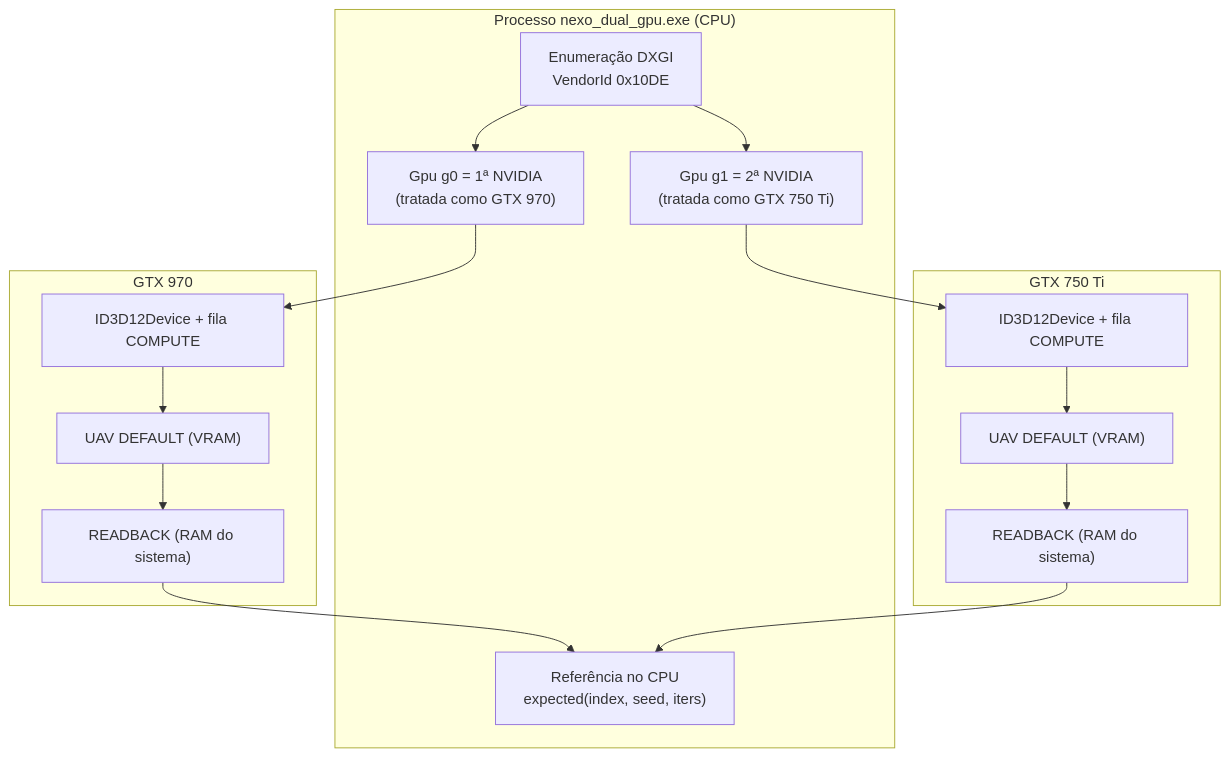
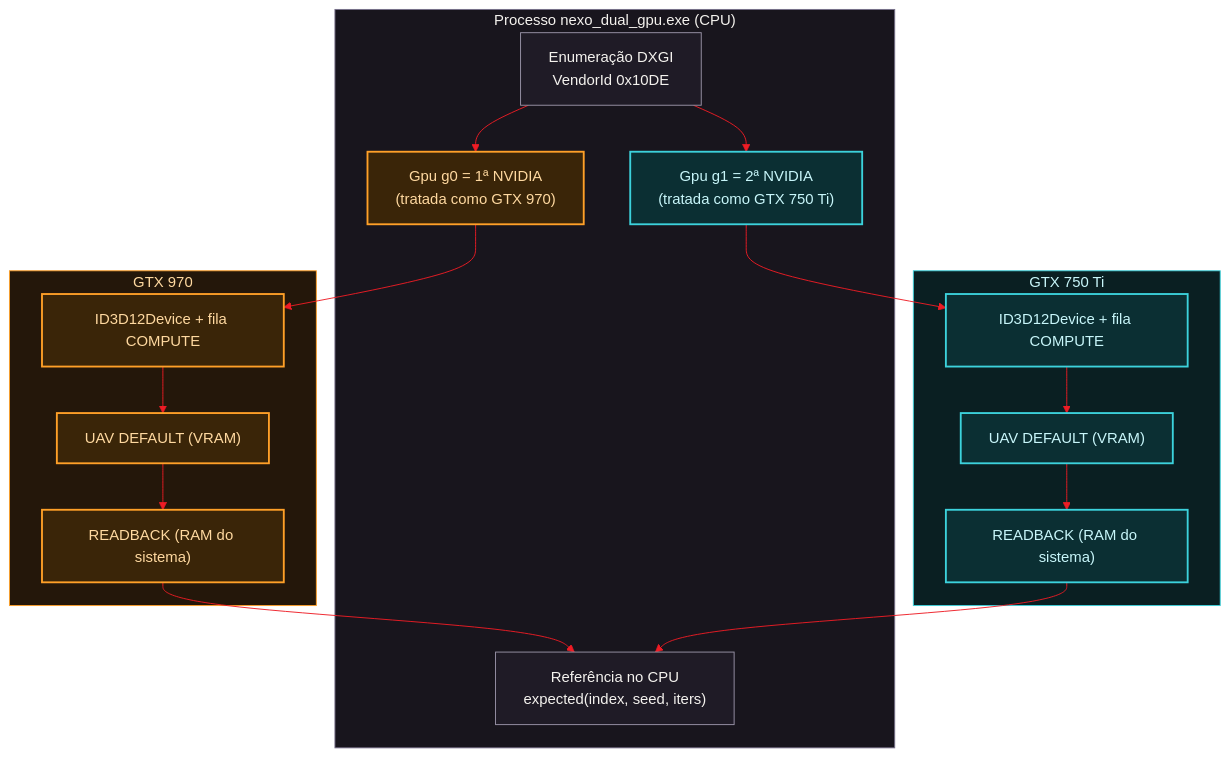
One commit to Bruno-Gadelha25/nexo-dual-gpu-lab changed the first of 4 diagrams in docs/architecture.md. Above: the diagram before and after it, drawn with Mermaid. The commit also changed other lines of this file and 3 other files, not shown here.

First line of the commit message:
docs: diagramas Mermaid com tema escuro e cores por placa

````diff
--- a/docs/architecture.md
+++ b/docs/architecture.md
@@ -7,18 +7,29 @@
 ```mermaid
+%%{init: {"theme":"base","themeVariables":{"primaryColor":"#1f1b26","primaryTextColor":"#f4f2ee","primaryBorderColor":"#ee1c25","lineColor":"#ee1c25","secondaryColor":"#2a2533","tertiaryColor":"#1a1720","clusterBkg":"#18151d","clusterBorder":"#77708a","edgeLabelBackground":"#14121a","fontFamily":"Segoe UI, Arial, sans-serif","actorBkg":"#1f1b26","actorBorder":"#ee1c25","actorTextColor":"#f4f2ee","actorLineColor":"#9a94a8","signalColor":"#ee1c25","signalTextColor":"#14121a","noteBkgColor":"#3a1418","noteTextColor":"#f4f2ee","noteBorderColor":"#ee1c25","labelBoxBkgColor":"#1f1b26","labelBoxBorderColor":"#ee1c25","labelTextColor":"#f4f2ee","loopTextColor":"#f4f2ee","activationBkgColor":"#3a1418"}}}%%
 flowchart TB
   subgraph Host["Processo nexo_dual_gpu.exe (CPU)"]
     E["Enumeração DXGI<br/>VendorId 0x10DE"] --> G0["Gpu g0 = 1ª NVIDIA<br/>(tratada como GTX 970)"]
     E --> G1["Gpu g1 = 2ª NVIDIA<br/>(tratada como GTX 750 Ti)"]
     REF["Referência no CPU<br/>expected(index, seed, iters)"]
   end
   subgraph D0["GTX 970"]
     Q0["ID3D12Device + fila COMPUTE"] --> U0["UAV DEFAULT (VRAM)"] --> RB0["READBACK (RAM do sistema)"]
   end
   subgraph D1["GTX 750 Ti"]
     Q1["ID3D12Device + fila COMPUTE"] --> U1["UAV DEFAULT (VRAM)"] --> RB1["READBACK (RAM do sistema)"]
   end
   G0 --> Q0
   G1 --> Q1
   RB0 --> REF
   RB1 --> REF
+  classDef g970 fill:#3a2508,stroke:#ffa028,color:#ffd9a0,stroke-width:2px
+  classDef g750 fill:#0b2f33,stroke:#3cd2dc,color:#c8f6fa,stroke-width:2px
+  classDef eng fill:#3a1418,stroke:#ee1c25,color:#ffffff,stroke-width:2px
+  classDef data fill:#1f1b26,stroke:#9a94a8,color:#f4f2ee,stroke-width:1px
+  class E,REF data
+  class G0,Q0,U0,RB0 g970
+  class G1,Q1,U1,RB1 g750
+  style Host fill:#18151d,stroke:#77708a,color:#f4f2ee
+  style D0 fill:#24170a,stroke:#ffa028,color:#ffd9a0
+  style D1 fill:#0a1f22,stroke:#3cd2dc,color:#c8f6fa
 ```
````
